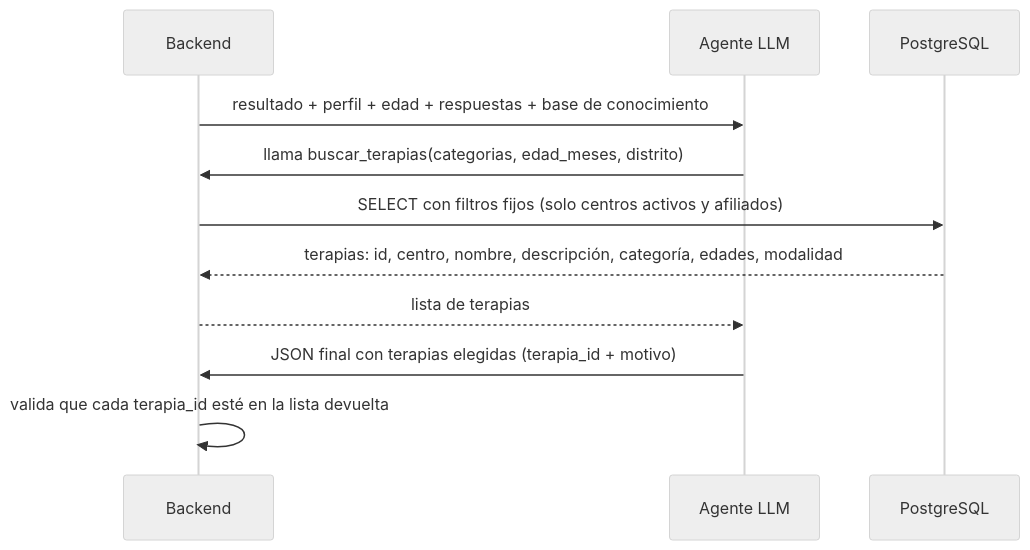
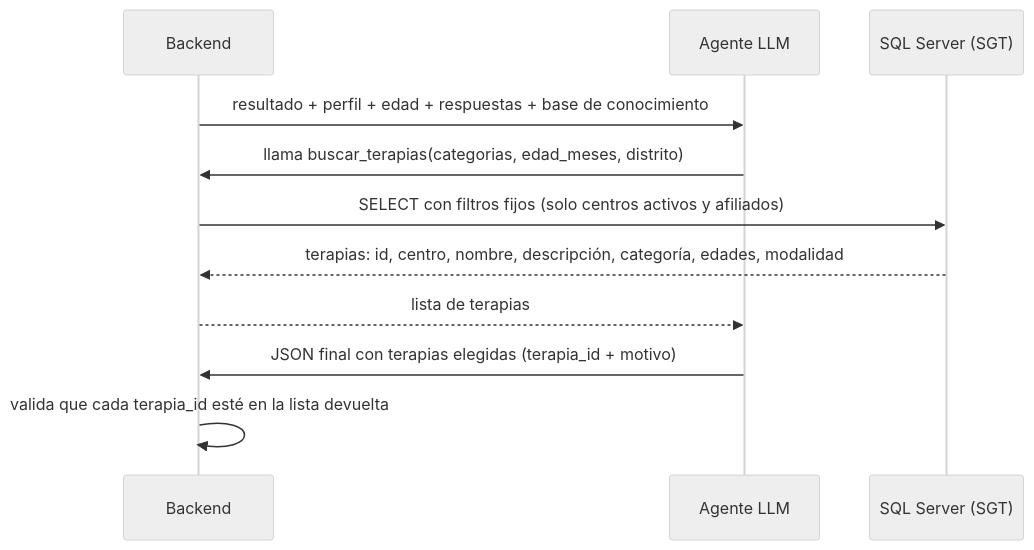
Before and after one commit to ErnestoSCL/neuroa-modelo-tamizaje: the second of 2 diagrams in docs/consideraciones_app_tamizaje.md, drawn with Mermaid (neutral theme). The commit also changed other lines of this file, not shown here.

First line of the commit message:
Document data ownership: SGT (SQL Server) is the single source of therapies

````diff
--- a/docs/consideraciones_app_tamizaje.md
+++ b/docs/consideraciones_app_tamizaje.md
@@ -421,13 +432,13 @@
 ```mermaid
 sequenceDiagram
     participant API as Backend
     participant LLM as Agente LLM
-    participant DB as PostgreSQL
+    participant DB as SQL Server (SGT)
     API->>LLM: resultado + perfil + edad + respuestas + base de conocimiento
     LLM->>API: llama buscar_terapias(categorias, edad_meses, distrito)
     API->>DB: SELECT con filtros fijos (solo centros activos y afiliados)
     DB-->>API: terapias: id, centro, nombre, descripción, categoría, edades, modalidad
     API-->>LLM: lista de terapias
     LLM->>API: JSON final con terapias elegidas (terapia_id + motivo)
     API->>API: valida que cada terapia_id esté en la lista devuelta
 ```
````
